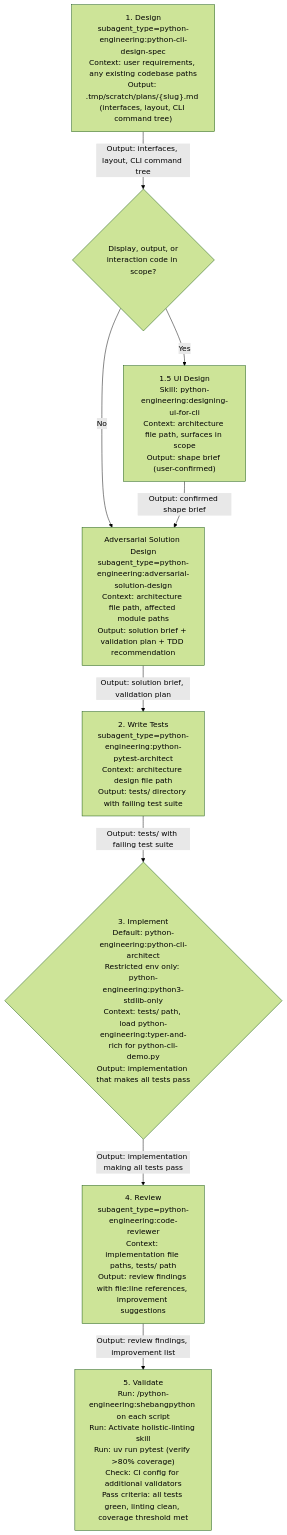
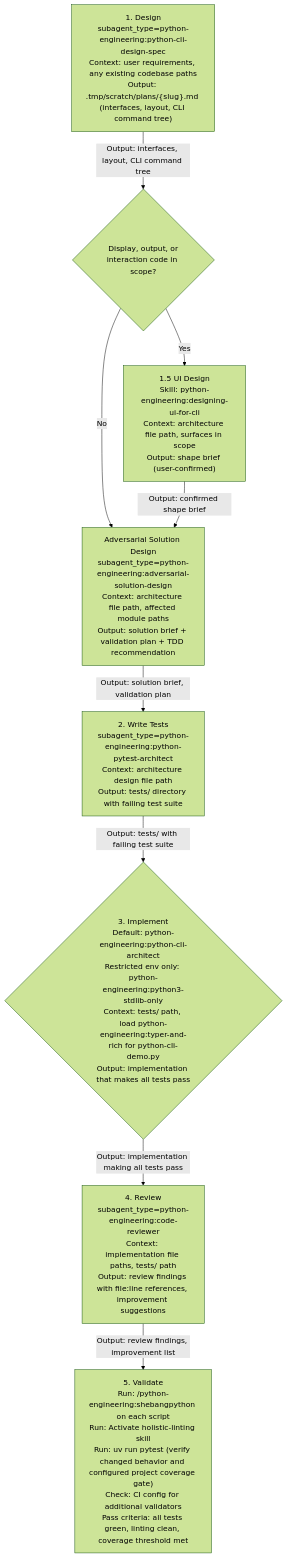
The first of 6 diagrams in plugins/python-engineering/skills/orchestrating-python-development/SKILL.md (Jamie-BitFlight/claude_skills), drawn with Mermaid (forest theme) before and after one commit. The commit also changed other lines of this file, not shown here.

Commit message:
refactor(python-engineering): preserve adversarial depth and external fallbacks

````diff
--- a/plugins/python-engineering/skills/orchestrating-python-development/SKILL.md
+++ b/plugins/python-engineering/skills/orchestrating-python-development/SKILL.md
@@ -51,19 +53,19 @@
 ```mermaid
 flowchart TD
     S1["1. Design<br>subagent_type=python-engineering:python-cli-design-spec<br>Context: user requirements, any existing codebase paths<br>Output: .tmp/scratch/plans/{slug}.md (interfaces, layout, CLI command tree)"]
     S2["2. Write Tests<br>subagent_type=python-engineering:python-pytest-architect<br>Context: architecture design file path<br>Output: tests/ directory with failing test suite"]
     S3{"3. Implement<br>Default: python-engineering:python-cli-architect<br>Restricted env only: python-engineering:python3-stdlib-only<br>Context: tests/ path, load python-engineering:typer-and-rich for python-cli-demo.py<br>Output: implementation that makes all tests pass"}
     S4["4. Review<br>subagent_type=python-engineering:code-reviewer<br>Context: implementation file paths, tests/ path<br>Output: review findings with file:line references, improvement suggestions"]
-    S5["5. Validate<br>Run: /python-engineering:shebangpython on each script<br>Run: Activate holistic-linting skill<br>Run: uv run pytest (verify >80% coverage)<br>Check: CI config for additional validators<br>Pass criteria: all tests green, linting clean, coverage threshold met"]
+    S5["5. Validate<br>Run: /python-engineering:shebangpython on each script<br>Run: Activate holistic-linting skill<br>Run: uv run pytest (verify changed behavior and configured project coverage gate)<br>Check: CI config for additional validators<br>Pass criteria: all tests green, linting clean, coverage threshold met"]
     S1Q{"Display, output, or<br>interaction code in scope?"}
     S1B["1.5 UI Design<br>Skill: python-engineering:designing-ui-for-cli<br>Context: architecture file path, surfaces in scope<br>Output: shape brief (user-confirmed)"]
     S1 -->|"Output: interfaces, layout, CLI command tree"| S1Q
     S_AD["Adversarial Solution Design<br>subagent_type=python-engineering:adversarial-solution-design<br>Context: architecture file path, affected module paths<br>Output: solution brief + validation plan + TDD recommendation"]
     S1Q -->|"No"| S_AD
     S1Q -->|"Yes"| S1B
     S1B -->|"Output: confirmed shape brief"| S_AD
     S_AD -->|"Output: solution brief, validation plan"| S2
     S2 -->|"Output: tests/ with failing test suite"| S3
     S3 -->|"Output: implementation making all tests pass"| S4
     S4 -->|"Output: review findings, improvement list"| S5
 ```
````
